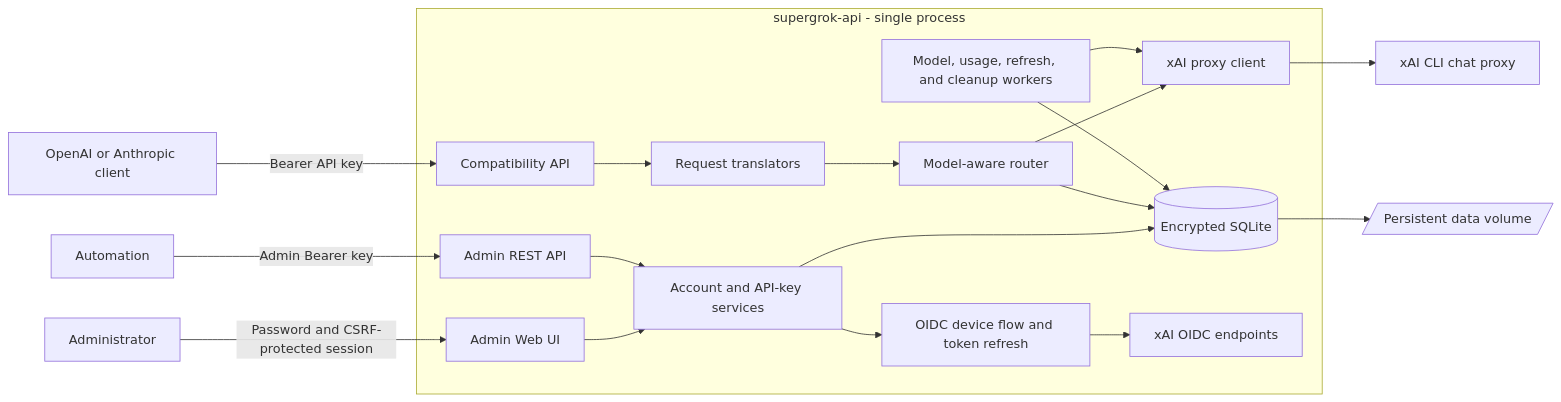
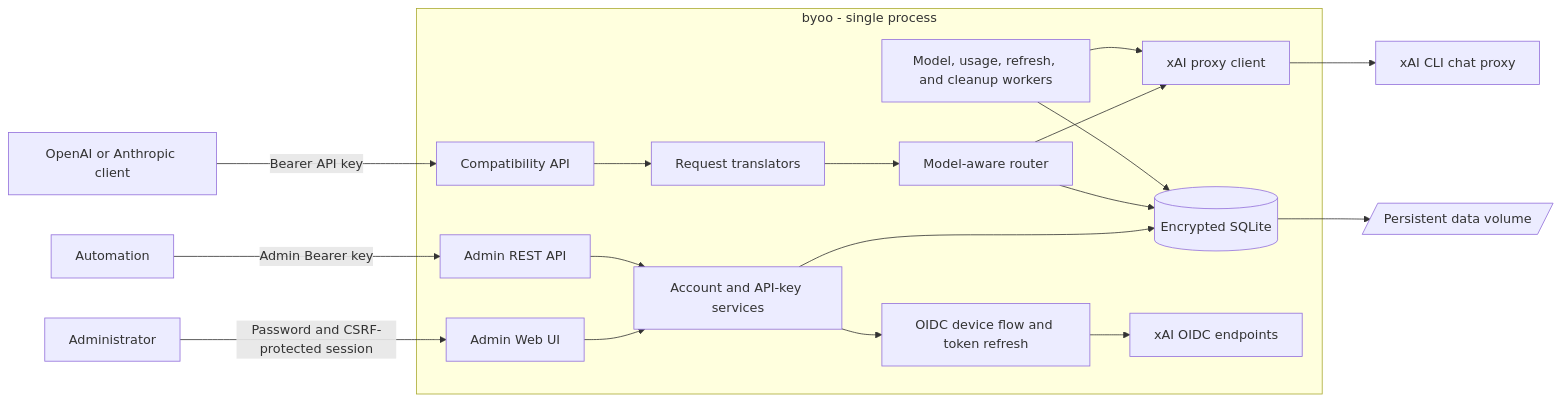
Before and after one commit to Recursive-Self-Improving/byos: the diagram in README.md, drawn with Mermaid. The commit also changed other lines of this file and 105 other files, not shown here.

````diff
--- a/README.md
+++ b/README.md
@@ -21,23 +21,23 @@
 ```mermaid
 flowchart LR
     C[OpenAI or Anthropic client] -->|Bearer API key| API[Compatibility API]
     A[Administrator] -->|Password and CSRF-protected session| UI[Admin Web UI]
     M[Automation] -->|Admin Bearer key| ADMIN[Admin REST API]
 
-    subgraph S[supergrok-api - single process]
+    subgraph S[byoo - single process]
         API --> T[Request translators]
         UI --> AS[Account and API-key services]
         ADMIN --> AS
         T --> R[Model-aware router]
         R --> P[xAI proxy client]
         AS --> O[OIDC device flow and token refresh]
         AS --> DB[(Encrypted SQLite)]
         R --> DB
         W[Model, usage, refresh, and cleanup workers] --> DB
         W --> P
         O --> XID[xAI OIDC endpoints]
     end
 
     P --> XAI[xAI CLI chat proxy]
     DB --> V[/Persistent data volume/]
 ```
````
